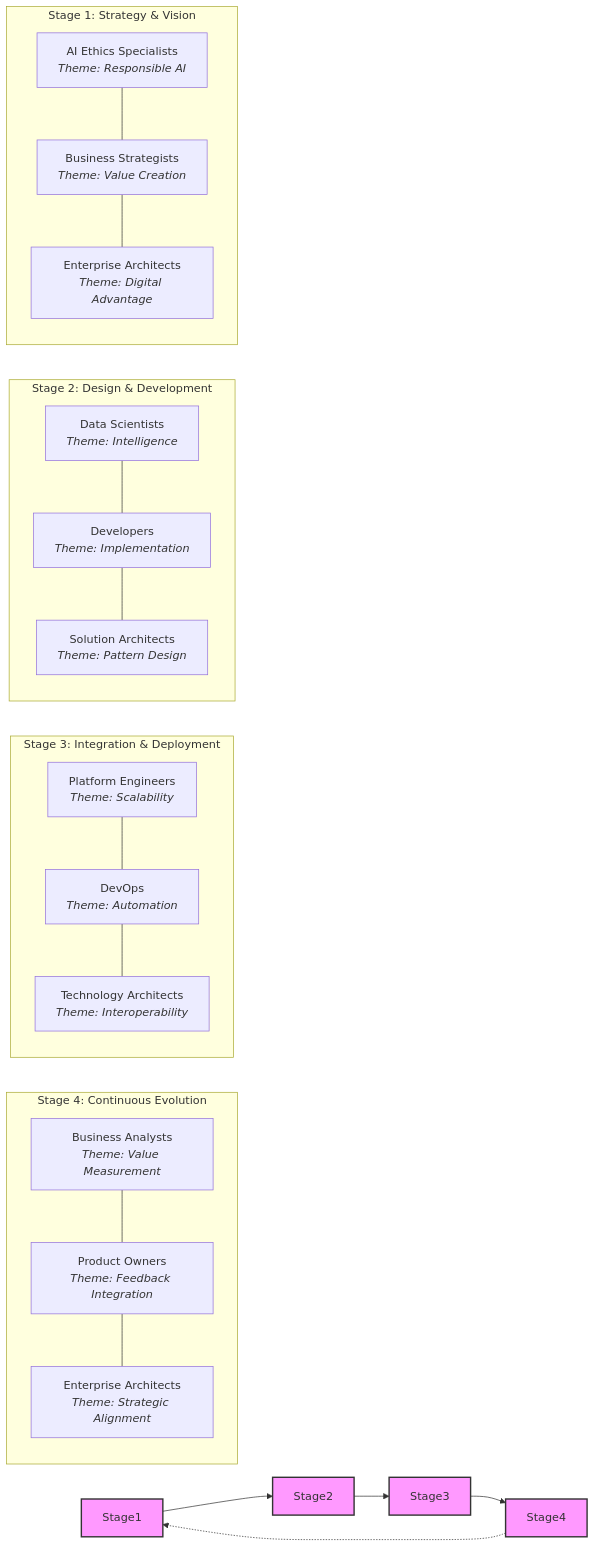
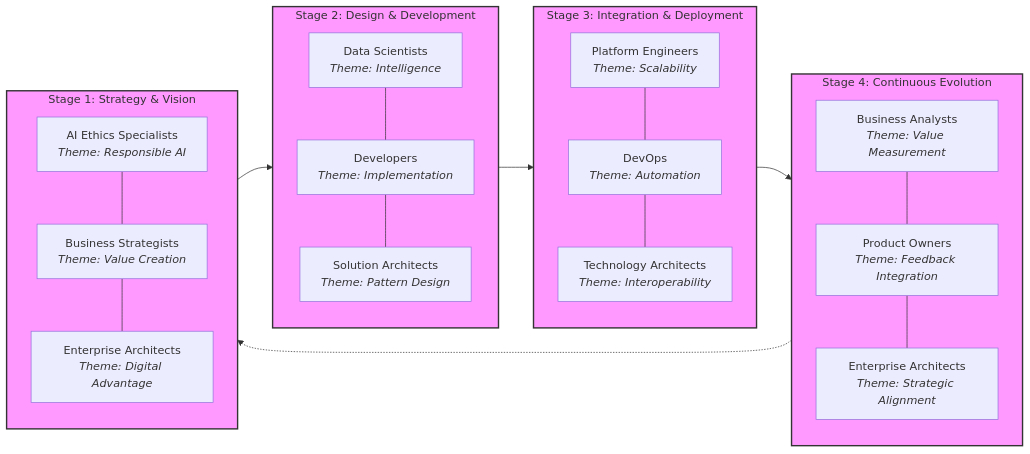
The fourth of 8 diagrams in cio-may.md (AliceNN-ucdenver/Iasa), drawn with Mermaid before and after one commit.

````diff
--- a/cio-may.md
+++ b/cio-may.md
@@ -123,26 +123,26 @@
 ```mermaid
 flowchart LR
+    subgraph Stage4["Stage 4: Continuous Evolution"]
+        D3["Business Analysts<br><i>Theme: Value Measurement</i>"] --- D2["Product Owners<br><i>Theme: Feedback Integration</i>"] --- D1["Enterprise Architects<br><i>Theme: Strategic Alignment</i>"]
+    end
+    
+    subgraph Stage3["Stage 3: Integration & Deployment"]
+        C3["Platform Engineers<br><i>Theme: Scalability</i>"] --- C2["DevOps<br><i>Theme: Automation</i>"] --- C1["Technology Architects<br><i>Theme: Interoperability</i>"]
+    end
+    
+    subgraph Stage2["Stage 2: Design & Development"]
+        B3["Data Scientists<br><i>Theme: Intelligence</i>"] --- B2["Developers<br><i>Theme: Implementation</i>"] --- B1["Solution Architects<br><i>Theme: Pattern Design</i>"]
+    end
+    
+    subgraph Stage1["Stage 1: Strategy & Vision"]
+        A3["AI Ethics Specialists<br><i>Theme: Responsible AI</i>"] --- A2["Business Strategists<br><i>Theme: Value Creation</i>"] --- A1["Enterprise Architects<br><i>Theme: Digital Advantage</i>"]
+    end
+
     Stage1 --> Stage2
     Stage2 --> Stage3
     Stage3 --> Stage4
     Stage4 -.-> Stage1
     
-    subgraph "Stage 4: Continuous Evolution"
-        D3["Business Analysts<br><i>Theme: Value Measurement</i>"] --- D2["Product Owners<br><i>Theme: Feedback Integration</i>"] --- D1["Enterprise Architects<br><i>Theme: Strategic Alignment</i>"]
-    end
-    
-    subgraph "Stage 3: Integration & Deployment"
-        C3["Platform Engineers<br><i>Theme: Scalability</i>"] --- C2["DevOps<br><i>Theme: Automation</i>"] --- C1["Technology Architects<br><i>Theme: Interoperability</i>"]
-    end
-    
-    subgraph "Stage 2: Design & Development"
-        B3["Data Scientists<br><i>Theme: Intelligence</i>"] --- B2["Developers<br><i>Theme: Implementation</i>"] --- B1["Solution Architects<br><i>Theme: Pattern Design</i>"]
-    end
-    
-    subgraph "Stage 1: Strategy & Vision"
-        A3["AI Ethics Specialists<br><i>Theme: Responsible AI</i>"] --- A2["Business Strategists<br><i>Theme: Value Creation</i>"] --- A1["Enterprise Architects<br><i>Theme: Digital Advantage</i>"]
-    end
-    
     classDef stage fill:#f9f,stroke:#333,stroke-width:2px;
     class Stage1,Stage2,Stage3,Stage4 stage;
 ```
````
